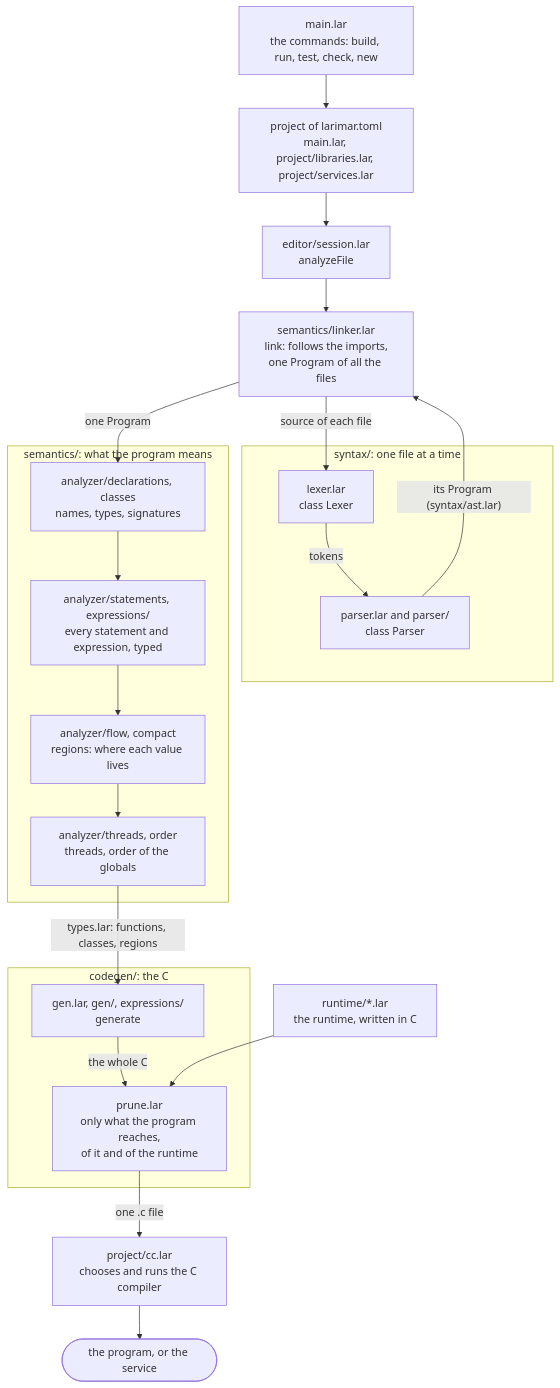
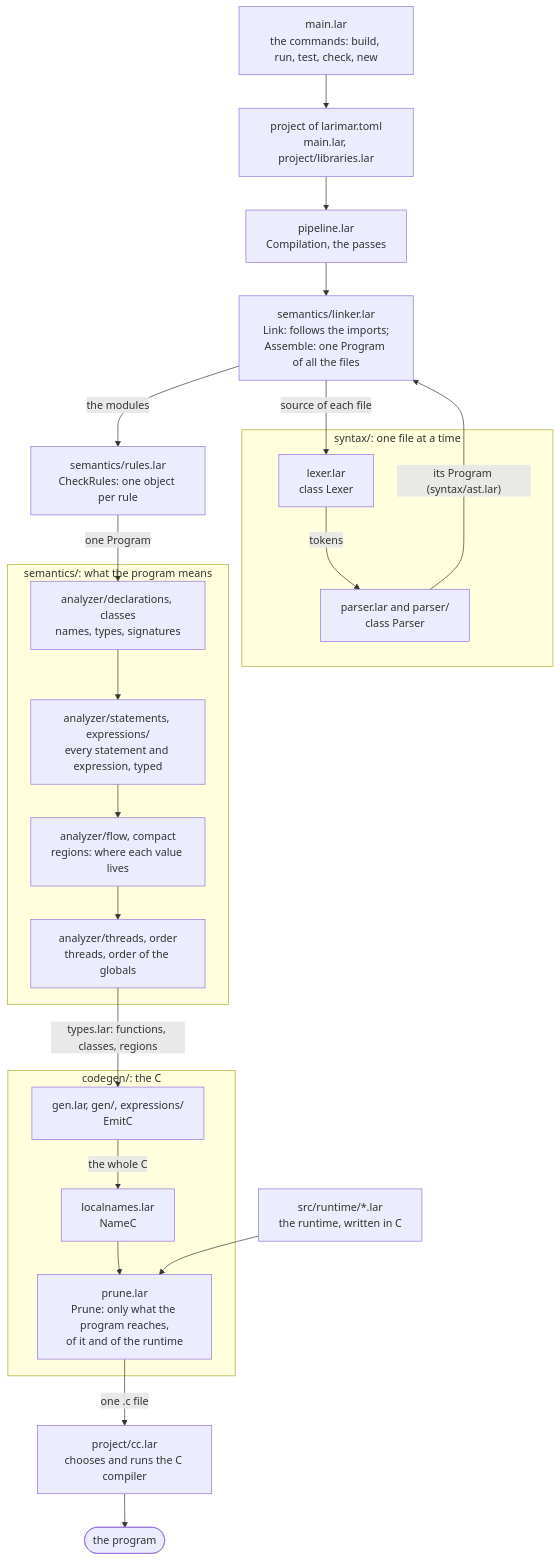
Before and after one commit to zerh/larimar: the first of 4 diagrams in CONTRIBUTING.md, drawn with Mermaid. The commit also changed other lines of this file and 263 other files, not shown here.

````diff
--- a/CONTRIBUTING.md
+++ b/CONTRIBUTING.md
@@ -16,32 +20,34 @@
 ```mermaid
 flowchart TB
     cmd["main.lar<br/>the commands: build, run, test, check, new"]
-    proj["project of larimar.toml<br/>main.lar, project/libraries.lar, project/services.lar"]
-    session["editor/session.lar<br/>analyzeFile"]
+    proj["project of larimar.toml<br/>main.lar, project/libraries.lar"]
+    session["pipeline.lar<br/>Compilation, the passes"]
     subgraph syntax["syntax/: one file at a time"]
         lexer["lexer.lar<br/>class Lexer"] -- tokens --> parser["parser.lar and parser/<br/>class Parser"]
     end
-    linker["semantics/linker.lar<br/>link: follows the imports,<br/>one Program of all the files"]
+    linker["semantics/linker.lar<br/>Link: follows the imports;<br/>Assemble: one Program of all the files"]
+    rules["semantics/rules.lar<br/>CheckRules: one object per rule"]
     subgraph semantics["semantics/: what the program means"]
         decl["analyzer/declarations, classes<br/>names, types, signatures"]
         body["analyzer/statements, expressions/<br/>every statement and expression, typed"]
         flow["analyzer/flow, compact<br/>regions: where each value lives"]
         last["analyzer/threads, order<br/>threads, order of the globals"]
         decl --> body --> flow --> last
     end
     subgraph codegen["codegen/: the C"]
-        gen["gen.lar, gen/, expressions/<br/>generate"] -- "the whole C" --> prune["prune.lar<br/>only what the program reaches,<br/>of it and of the runtime"]
+        gen["gen.lar, gen/, expressions/<br/>EmitC"] -- "the whole C" --> names["localnames.lar<br/>NameC"] --> prune["prune.lar<br/>Prune: only what the program reaches,<br/>of it and of the runtime"]
     end
-    runtime["runtime/*.lar<br/>the runtime, written in C"]
+    runtime["src/runtime/*.lar<br/>the runtime, written in C"]
     cc["project/cc.lar<br/>chooses and runs the C compiler"]
-    exe(["the program, or the service"])
+    exe(["the program"])
 
     cmd --> proj --> session
     session --> linker
     linker -- "source of each file" --> lexer
     parser -- "its Program (syntax/ast.lar)" --> linker
-    linker -- "one Program" --> decl
+    linker -- "the modules" --> rules
+    rules -- "one Program" --> decl
     last -- "types.lar: functions, classes, regions" --> gen
     runtime --> prune
     prune -- "one .c file" --> cc --> exe
 ```
````
